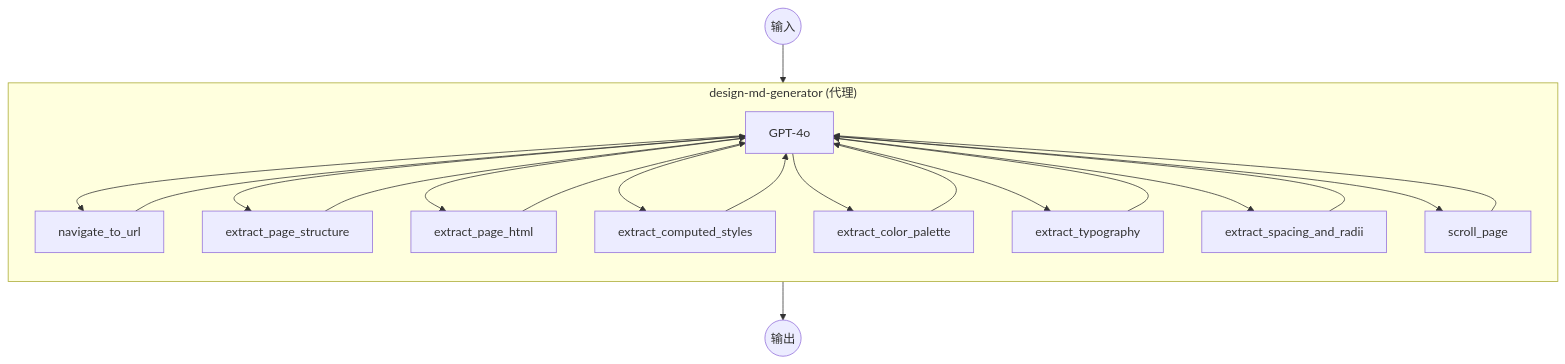
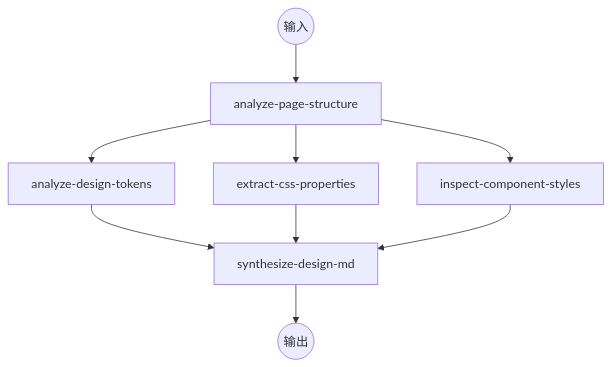
The diagram in examples/agents/design-md-generator/README.zh-cn.md (hanyeol/model-compose), drawn with Mermaid before and after one commit. The commit also changed other lines of this file and 2 other files, not shown here.

Commit message:
Update README.md for design-md-generator example

````diff
--- a/examples/agents/design-md-generator/README.zh-cn.md
+++ b/examples/agents/design-md-generator/README.zh-cn.md
@@ -89,22 +93,9 @@
 ```mermaid
 graph TD
-    Input((输入)) --> Agent
-
-    subgraph Agent["design-md-generator (代理)"]
-        direction TB
-        LLM[GPT-4o]
-        T1[navigate_to_url]
-        T2[extract_page_structure]
-        T3[extract_page_html]
-        T4[extract_computed_styles]
-        T5[extract_color_palette]
-        T6[extract_typography]
-        T7[extract_spacing_and_radii]
-        T8[scroll_page]
-
-        LLM --> T1 & T2 & T3 & T4 & T5 & T6 & T7 & T8
-        T1 & T2 & T3 & T4 & T5 & T6 & T7 & T8 --> LLM
-    end
-
-    Agent --> Output((输出))
+    Input((输入)) --> S1[analyze-page-structure]
+    S1 --> S2[analyze-design-tokens]
+    S1 --> S3[extract-css-properties]
+    S1 --> S4[inspect-component-styles]
+    S2 & S3 & S4 --> S5[synthesize-design-md]
+    S5 --> Output((输出))
 ```
````
